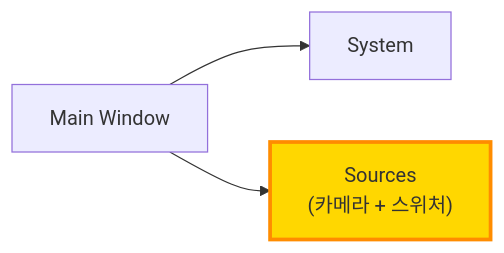
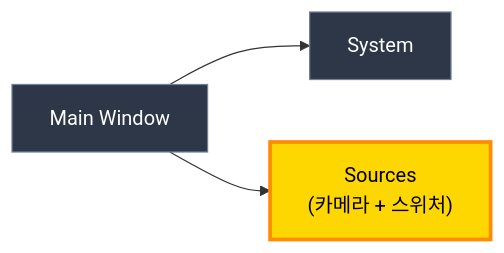
Before and after one commit to garimto81/ebs: the fourth of 14 diagrams in docs/01_PokerGFX_Analysis/PRD-0004-EBS-Server-UI-Design.md, drawn with Mermaid. The commit also changed other lines of this file, not shown here.

First line of the commit message:
fix(prd-0004): Mermaid 다이어그램 색상 + 캡쳐 링크 수정

````diff
--- a/docs/01_PokerGFX_Analysis/PRD-0004-EBS-Server-UI-Design.md
+++ b/docs/01_PokerGFX_Analysis/PRD-0004-EBS-Server-UI-Design.md
@@ -349,9 +352,10 @@
 ```mermaid
 flowchart LR
+    classDef default fill:#2d3748,stroke:#718096,color:#ffffff
     MW["Main Window"]
     SYS["System"]
     SRC["Sources<br/>(카메라 + 스위처)"]
-    style SRC fill:#FFD700,stroke:#FF8C00,stroke-width:3px
+    style SRC fill:#FFD700,stroke:#FF8C00,stroke-width:3px,color:#000000
     MW --> SYS
     MW --> SRC
 ```
````
